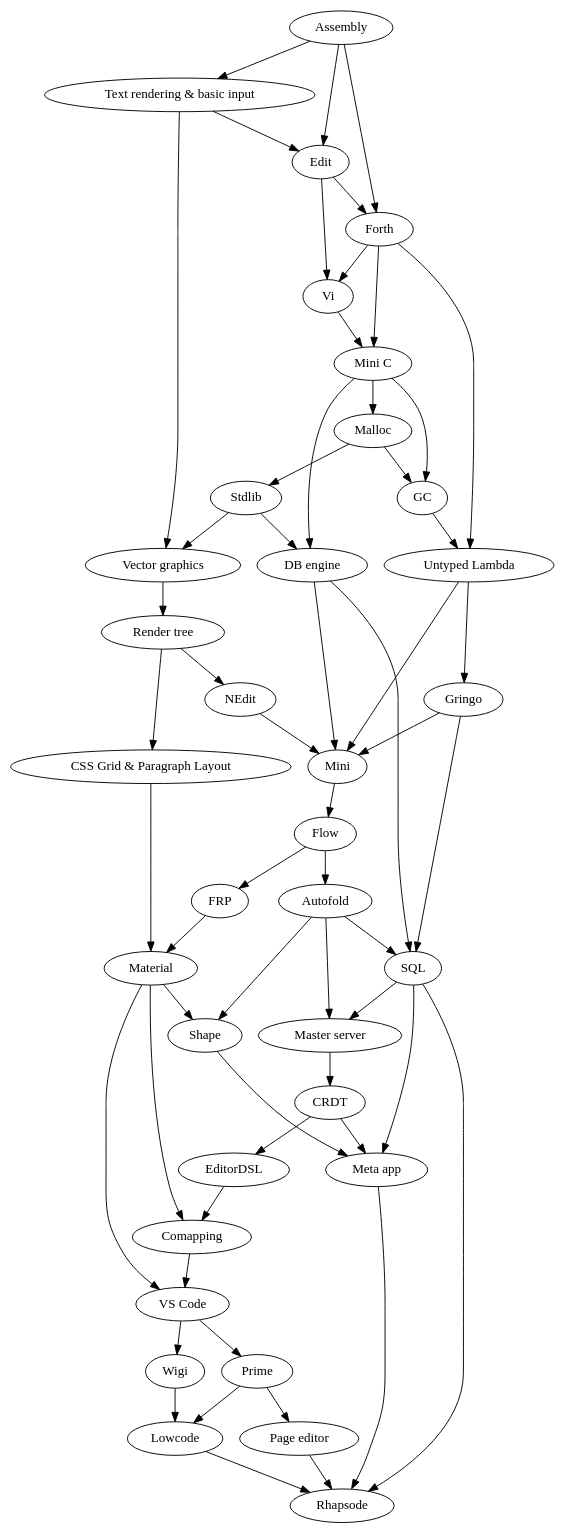
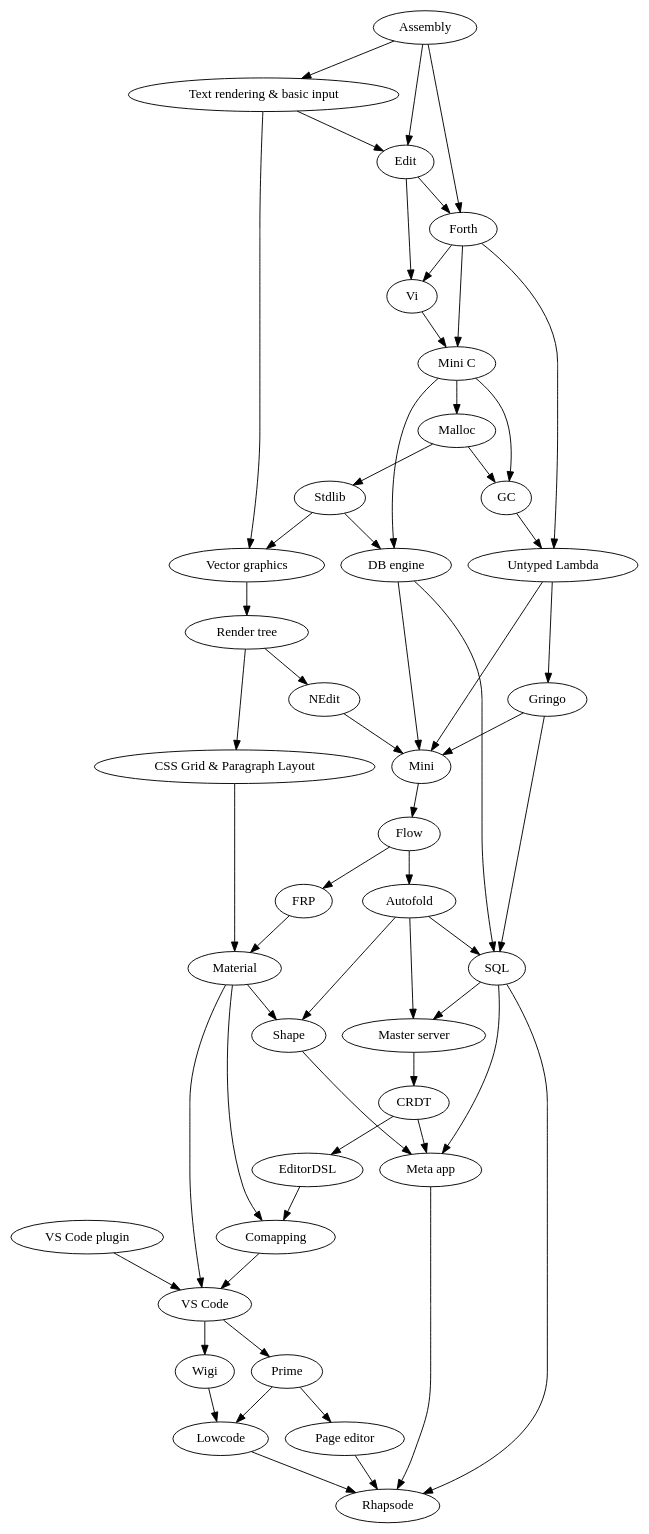
The diagram in sandbox/speedrun.dot (area9innovation/fast), drawn with Graphviz before and after one commit. The commit also changed other lines of this file and 11 other files, not shown here.

```diff
--- a/sandbox/speedrun.dot
+++ b/sandbox/speedrun.dot
@@ -1,96 +1,98 @@
 digraph graphname {
 "Assembly" -> "Text rendering & basic input";
 "Assembly" -> "Edit";
 "Text rendering & basic input" -> "Edit";
 
 "Edit" -> "Forth";
 "Assembly" -> "Forth";
 "Forth" -> "Vi";
 "Edit" -> "Vi";
 "Forth" -> "Untyped Lambda";
 "Untyped Lambda" -> "Mini";
 
 "Vi" -> "Mini C";
 
 "Forth" -> "Mini C";
 
 "Mini C" -> "Malloc";
 "Malloc" -> "GC";
 "Mini C" -> "GC";
 
 "Malloc" -> "Stdlib";
 
 "GC" -> "Untyped Lambda";
 
 "Flow" -> "FRP";
 
 "Flow" -> "Autofold";
 
 "Stdlib" -> "DB engine";
 
 "Render tree" -> "NEdit";
 
 "DB engine" -> "SQL";
 
 "NEdit" -> "Mini";
 
 "Mini" -> "Flow";
 
 "Mini C" -> "DB engine";
 
 "Stdlib" -> "Vector graphics";
 
 "Untyped Lambda" -> "Gringo";
 "Gringo" -> "SQL";
 "Autofold" -> "Master server";
 "Autofold" -> "SQL";
 "Gringo" -> "Mini";
 
 "DB engine" -> "Mini"
 
 "CRDT" -> "EditorDSL";
 
 "EditorDSL" -> "Comapping";
 
 "Material" -> "Comapping";
 
 "Material" -> "VS Code";
 "Comapping" -> "VS Code";
 
 "VS Code" -> "Wigi";
 
 "VS Code" -> "Prime";
 
 "Wigi" -> "Lowcode";
 "Prime" -> "Lowcode";
 
 "Autofold" -> "Shape";
 "Material" -> "Shape";
 
 "Lowcode" -> "Rhapsode";
 
 "FRP" -> "Material";
 
 "Text rendering & basic input" -> "Vector graphics";
 "Vector graphics" -> "Render tree";
 "Render tree" -> "CSS Grid & Paragraph Layout";
 "CSS Grid & Paragraph Layout" -> "Material";
 
 "Shape" -> "Meta app";
 "SQL" -> "Meta app";
 
 "Master server" -> "CRDT";
 
 "CRDT" -> "Meta app";
 
 "Meta app" -> "Rhapsode";
 
 "SQL" -> "Rhapsode";
 
 "SQL" -> "Master server";
 
 "Prime" -> "Page editor";
 
 "Page editor" -> "Rhapsode";
 
+"VS Code plugin" ->  "VS Code";
+
 }
```
